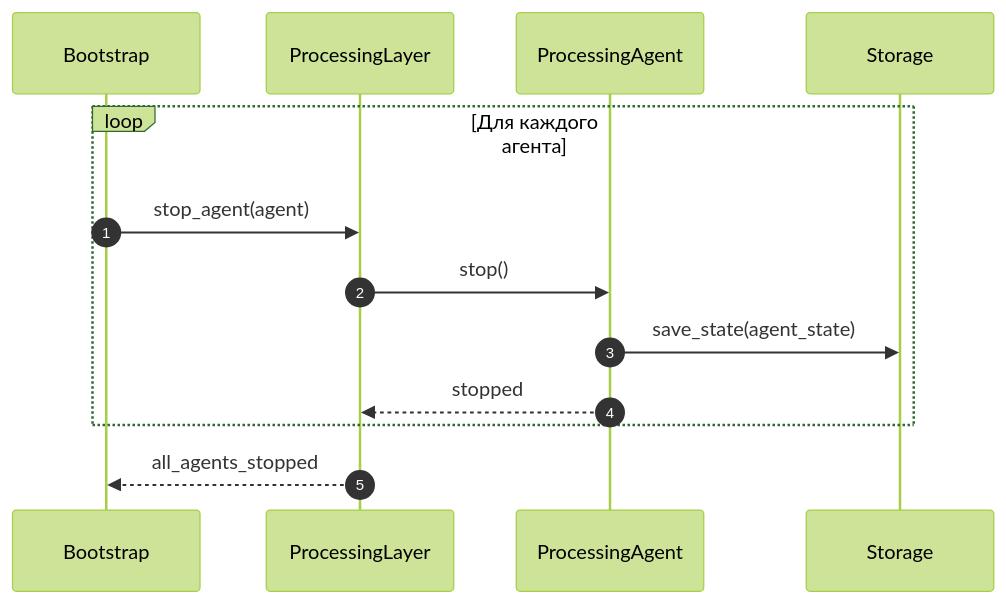
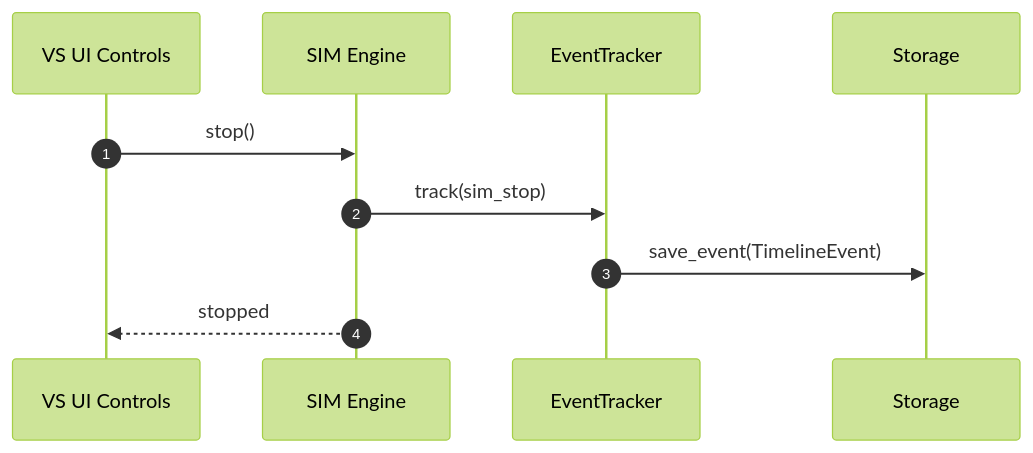
Before and after one commit to Dieugene/team-assistant: diagram 14 of 15 in 00_docs/architecture/runtime_architecture.md, drawn with Mermaid (forest theme). The commit also changed other lines of this file, not shown here.

First line of the commit message:
Update runtime architecture

````diff
--- a/00_docs/architecture/runtime_architecture.md
+++ b/00_docs/architecture/runtime_architecture.md
@@ -487,17 +548,12 @@
 ```mermaid
 sequenceDiagram
     autonumber
-    participant Bootstrap as Bootstrap
-    participant PL as ProcessingLayer
-    participant PA as ProcessingAgent
-    participant Storage as Storage
+    participant VS as VS UI Controls
+    participant SIM as SIM Engine
+    participant ET as EventTracker
 
-    loop Для каждого агента
-        Bootstrap->>PL: stop_agent(agent)
-        PL->>PA: stop()
-        PA->>Storage: save_state(agent_state)
-        PA-->>PL: stopped
-    end
-
-    PL-->>Bootstrap: all_agents_stopped
+    VS->>SIM: stop()
+    SIM->>ET: track(sim_stop)
+    ET->>Storage: save_event(TimelineEvent)
+    SIM-->>VS: stopped
 ```
````
